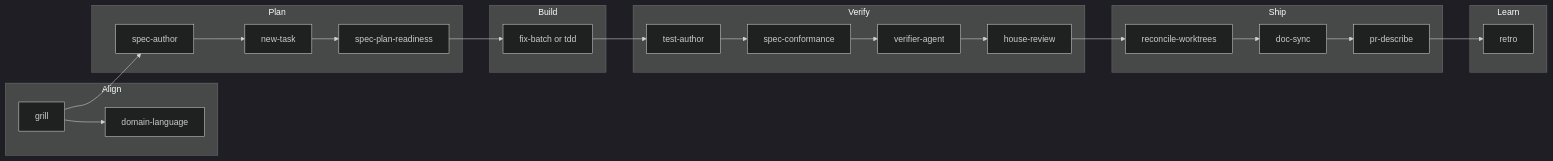
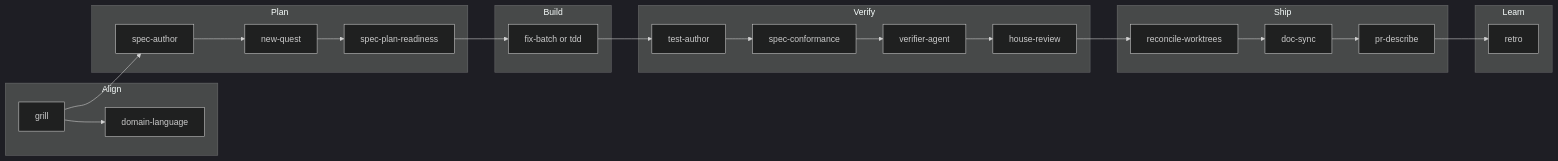
Before and after one commit to zen-solutions-dev/zen-agent-skills: the first of 2 diagrams in README.md, drawn with Mermaid (dark theme). The commit also changed other lines of this file and 586 other files, not shown here.

````diff
--- a/README.md
+++ b/README.md
@@ -117,30 +126,30 @@
 ```mermaid
 flowchart LR
   subgraph Align
     G[grill] --> DL[domain-language]
   end
   subgraph Plan
-    C[spec-author] --> E[new-task]
+    C[spec-author] --> E[new-quest]
     E --> D[spec-plan-readiness]
   end
   subgraph Build
     F[fix-batch or tdd]
   end
   subgraph Verify
     T[test-author] --> H[spec-conformance]
     H --> I[verifier-agent]
     I --> HR[house-review]
   end
   subgraph Ship
     J[reconcile-worktrees] --> L[doc-sync]
     L --> K[pr-describe]
   end
   subgraph Learn
     R[retro]
   end
   G --> C
   D --> F
   F --> T
   HR --> J
   K --> R
 ```
````
